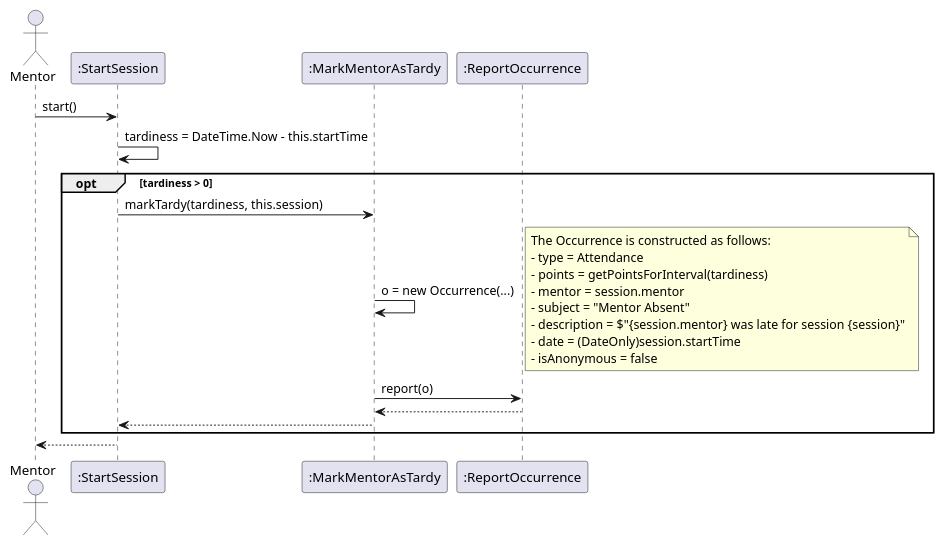
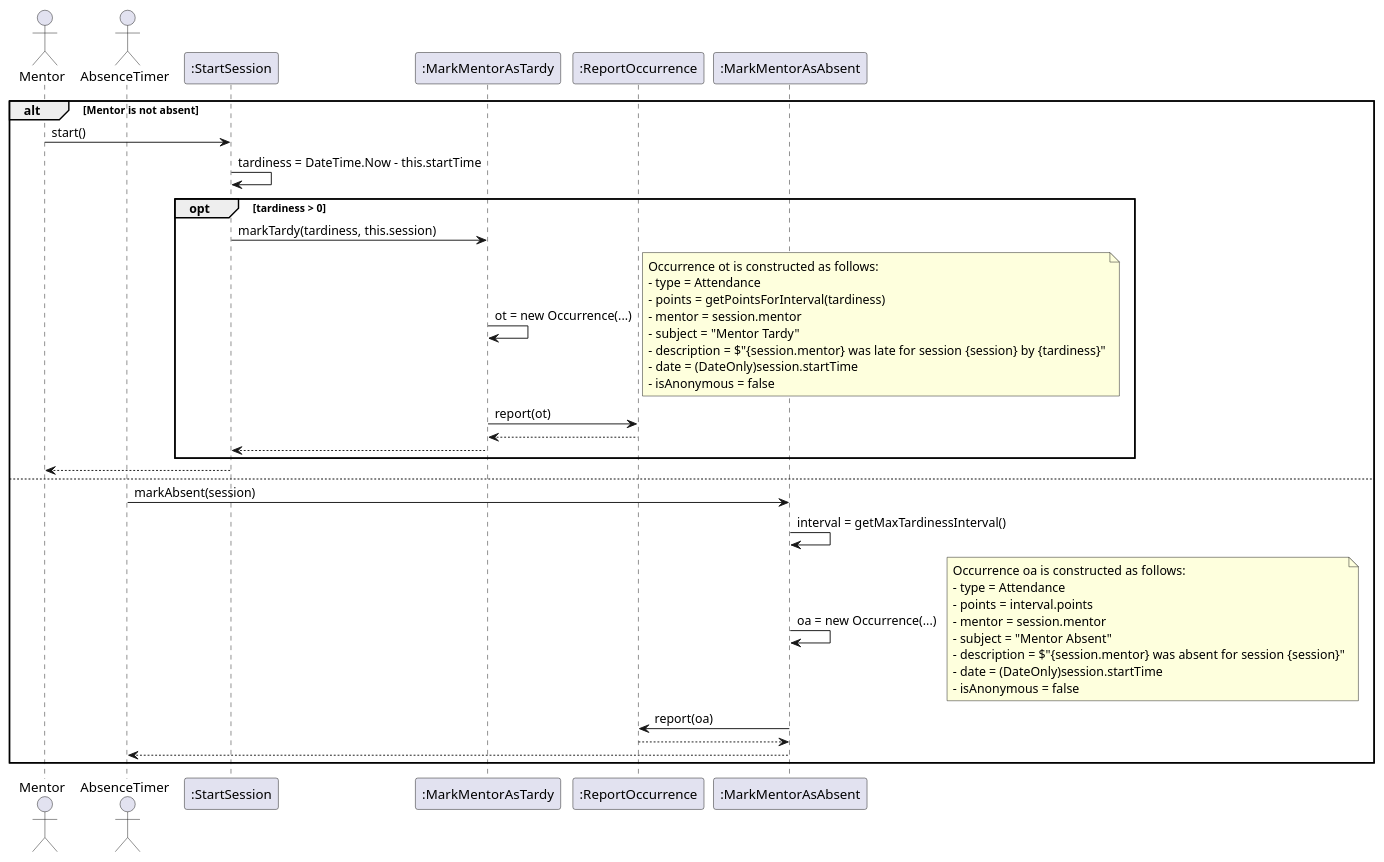
Before and after one commit to bmb0136/COMP-3700-Project: the diagram in Analysis/StartSessionSequence.iuml, drawn with PlantUML.

Commit message:
add absence to seq diagram 1

```diff
--- a/Analysis/StartSessionSequence.iuml
+++ b/Analysis/StartSessionSequence.iuml
@@ -1,27 +1,48 @@
 @startuml StartSession Sequence
 actor Mentor
+actor AbsenceTimer
 participant ":StartSession" as start
 participant ":MarkMentorAsTardy" as tardy
 participant ":ReportOccurrence" as report
+participant ":MarkMentorAsAbsent" as absent
 
-Mentor -> start: start()
-start -> start: tardiness = DateTime.Now - this.startTime
-opt tardiness > 0
-  start -> tardy: markTardy(tardiness, this.session)
-  tardy -> tardy: o = new Occurrence(...)
+alt Mentor is not absent
+  Mentor -> start: start()
+  start -> start: tardiness = DateTime.Now - this.startTime
+  opt tardiness > 0
+    start -> tardy: markTardy(tardiness, this.session)
+    tardy -> tardy: ot = new Occurrence(...)
+    note right
+    Occurrence ot is constructed as follows:
+    - type = Attendance
+    - points = getPointsForInterval(tardiness)
+    - mentor = session.mentor
+    - subject = "Mentor Tardy"
+    - description = $"{session.mentor} was late for session {session} by {tardiness}"
+    - date = (DateOnly)session.startTime
+    - isAnonymous = false
+    end note
+    tardy -> report: report(ot)
+    report --> tardy
+    tardy --> start
+  end
+  start --> Mentor
+else
+  AbsenceTimer -> absent: markAbsent(session)
+  absent -> absent: interval = getMaxTardinessInterval()
+  absent -> absent: oa = new Occurrence(...)
   note right
-  The Occurrence is constructed as follows:
+  Occurrence oa is constructed as follows:
   - type = Attendance
-  - points = getPointsForInterval(tardiness)
+  - points = interval.points
   - mentor = session.mentor
   - subject = "Mentor Absent"
-  - description = $"{session.mentor} was late for session {session}"
+  - description = $"{session.mentor} was absent for session {session}"
   - date = (DateOnly)session.startTime
   - isAnonymous = false
   end note
-  tardy -> report: report(o)
-  report --> tardy
-  tardy --> start
+  absent -> report: report(oa)
+  report --> absent
+  absent --> AbsenceTimer
 end
-start --> Mentor
 @enduml
```
